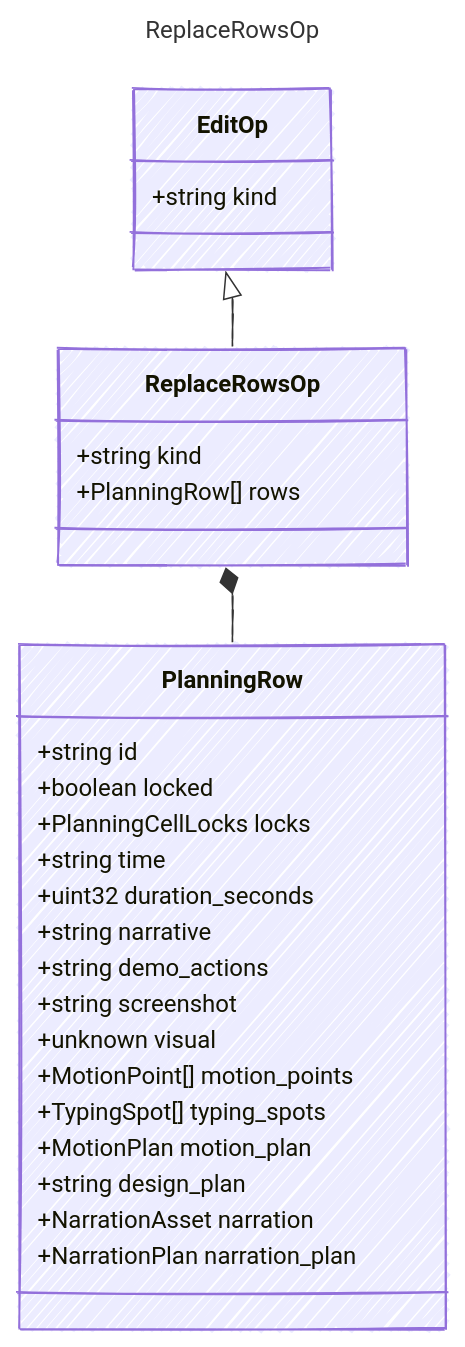
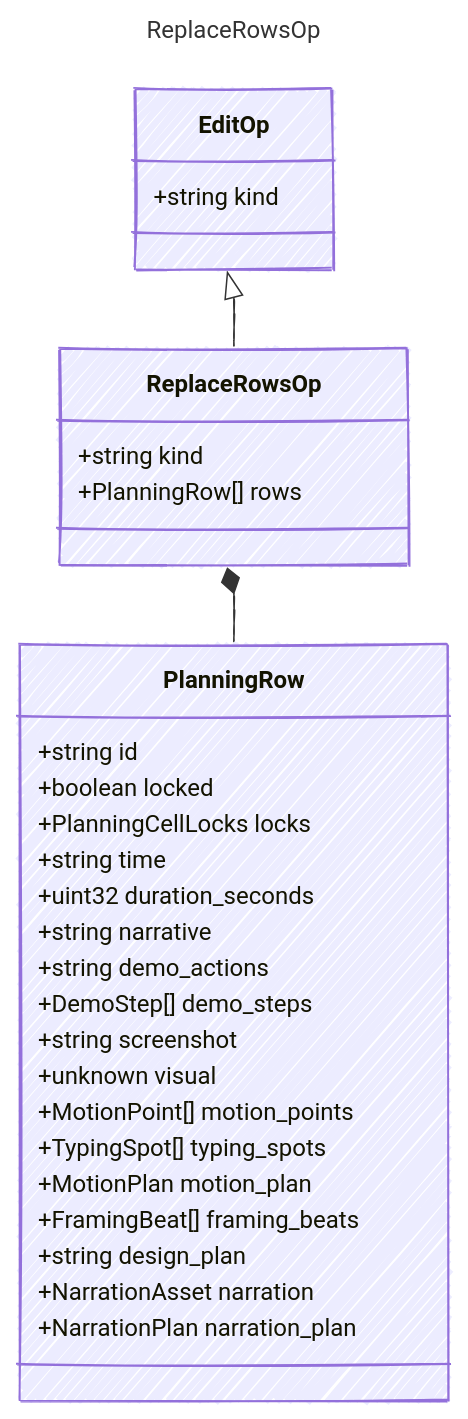
One commit to sethjuarez/cutready changed the diagram in contracts/generated/markdown/ReplaceRowsOp.md. Above: the diagram before and after it, drawn with Mermaid. The commit also changed 116 other files, not shown here.

````diff
--- a/contracts/generated/markdown/ReplaceRowsOp.md
+++ b/contracts/generated/markdown/ReplaceRowsOp.md
@@ -13,37 +13,39 @@
 ```mermaid
 ---
 title: ReplaceRowsOp
 config:
   look: handDrawn
   theme: colorful
   class:
     hideEmptyMembersBox: true
 ---
 classDiagram
     class EditOp {
         +string kind
     }
     EditOp <|-- ReplaceRowsOp
     class ReplaceRowsOp {
         +string kind
         +PlanningRow[] rows
     }
     class PlanningRow {
         +string id
         +boolean locked
         +PlanningCellLocks locks
         +string time
         +uint32 duration_seconds
         +string narrative
         +string demo_actions
+        +DemoStep[] demo_steps
         +string screenshot
         +unknown visual
         +MotionPoint[] motion_points
         +TypingSpot[] typing_spots
         +MotionPlan motion_plan
+        +FramingBeat[] framing_beats
         +string design_plan
         +NarrationAsset narration
         +NarrationPlan narration_plan
     }
     ReplaceRowsOp *-- PlanningRow
 ```
````
